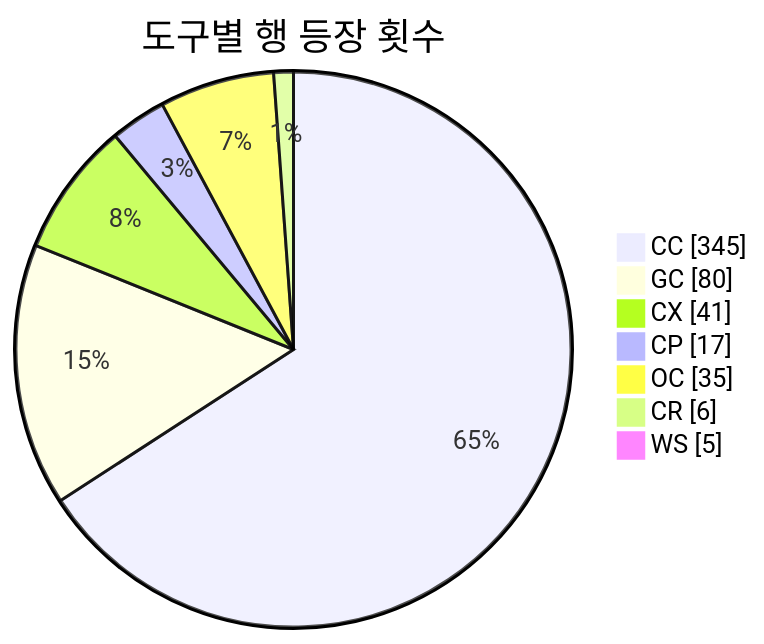
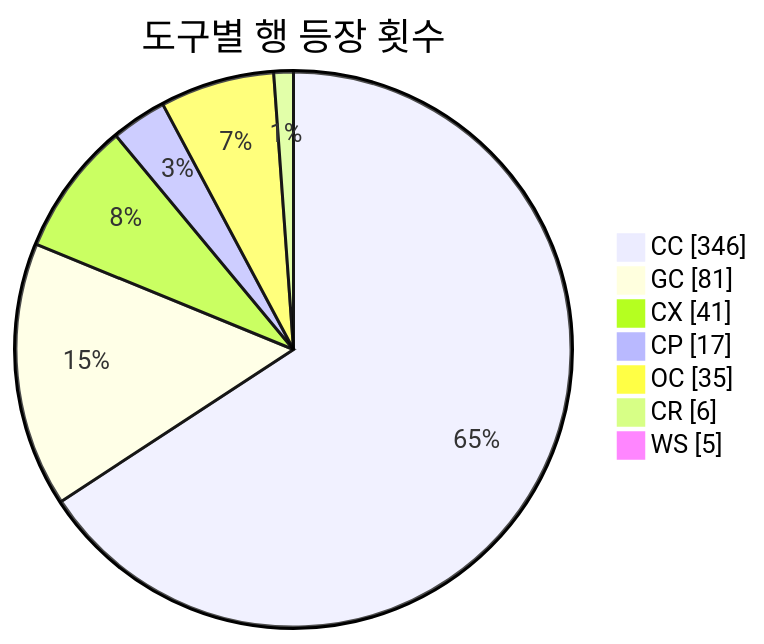
One commit to J-nowcow/awesome-korean-agent-skills changed the second of 3 diagrams in README.md. Above: the diagram before and after it, drawn with Mermaid. The commit also changed other lines of this file and 4 other files, not shown here.

````diff
--- a/README.md
+++ b/README.md
@@ -193,11 +193,11 @@
 ```mermaid
 pie showData
     title 도구별 행 등장 횟수
-    "CC" : 345
-    "GC" : 80
+    "CC" : 346
+    "GC" : 81
     "CX" : 41
     "CP" : 17
     "OC" : 35
     "CR" : 6
     "WS" : 5
 ```
````
